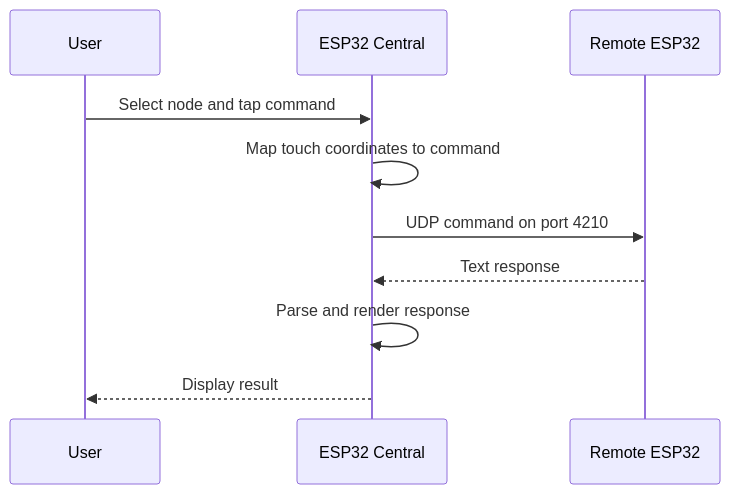
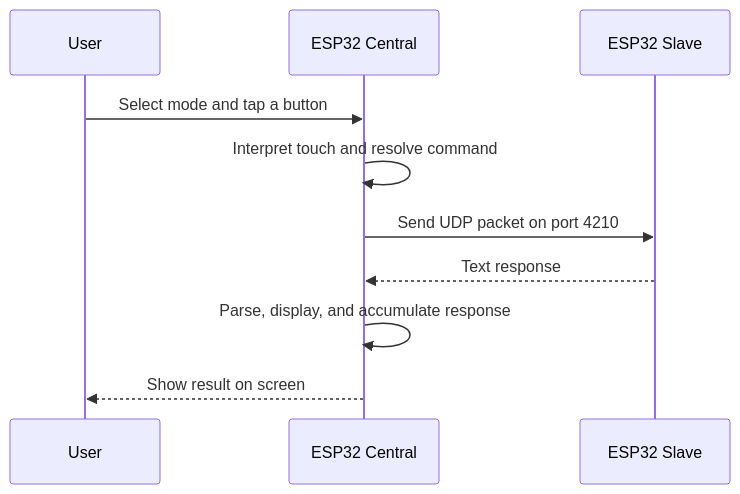
Before and after one commit to paulocfmarques-collab/esp32_central: the second of 3 diagrams in README.md, drawn with Mermaid. The commit also changed other lines of this file, not shown here.

````diff
--- a/README.md
+++ b/README.md
@@ -53,13 +60,13 @@
 ```mermaid
 sequenceDiagram
     participant U as User
     participant C as ESP32 Central
-    participant R as Remote ESP32
+    participant R as ESP32 Slave
 
-    U->>C: Select node and tap command
-    C->>C: Map touch coordinates to command
-    C->>R: UDP command on port 4210
+    U->>C: Select mode and tap a button
+    C->>C: Interpret touch and resolve command
+    C->>R: Send UDP packet on port 4210
     R-->>C: Text response
-    C->>C: Parse and render response
-    C-->>U: Display result
+    C->>C: Parse, display, and accumulate response
+    C-->>U: Show result on screen
 ```
````
